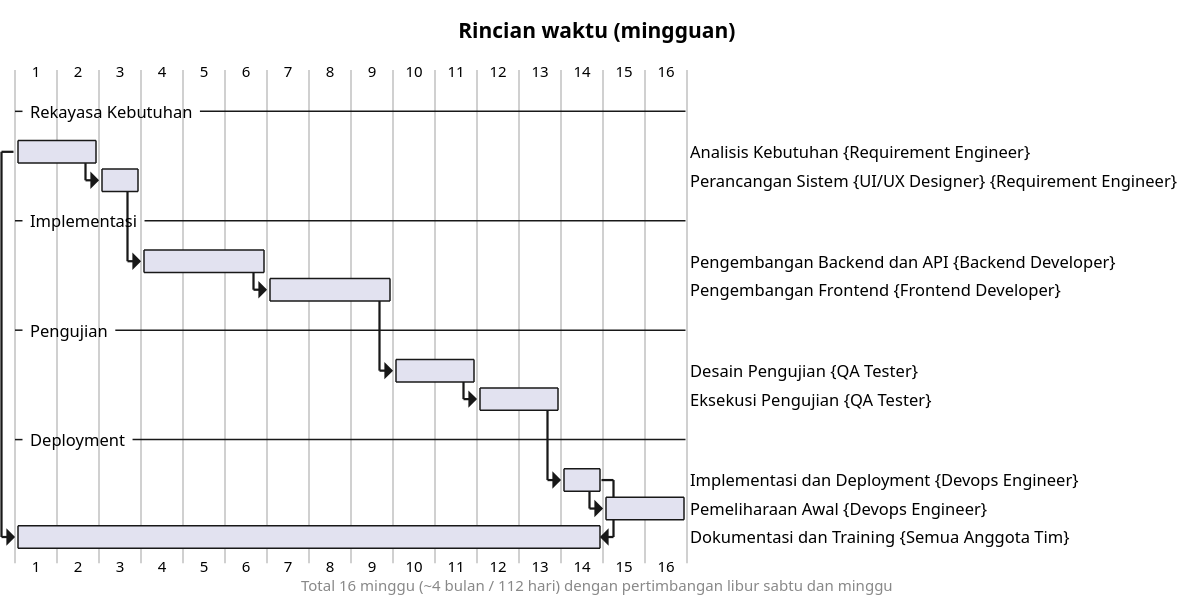
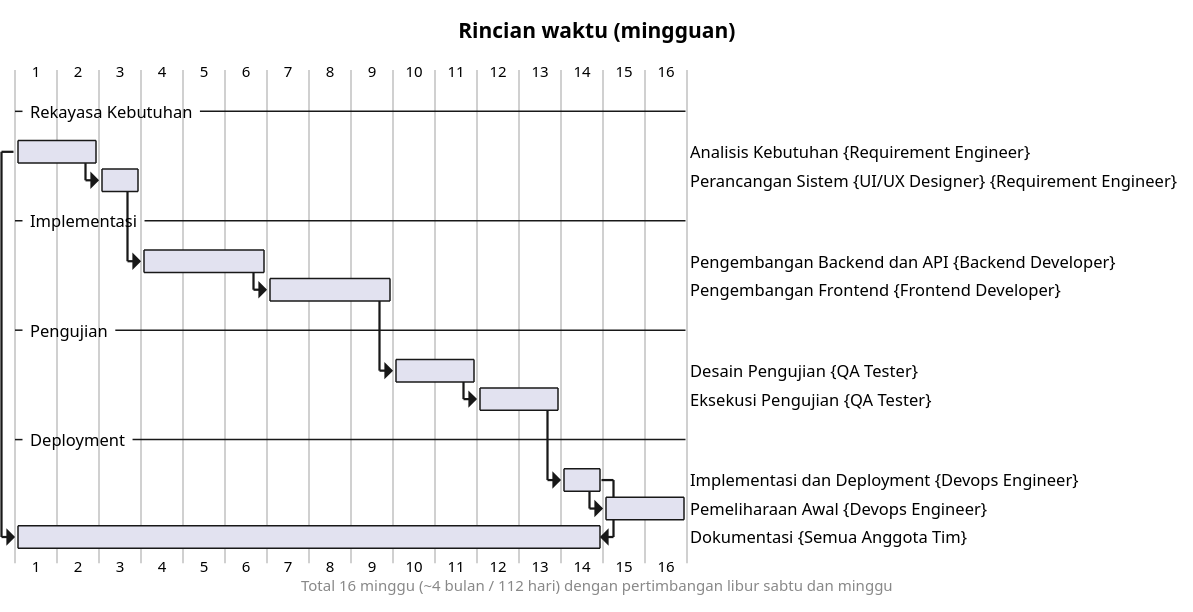
The diagram in gantt.puml (stnDinus/diagram-proposal-rkpl), drawn with PlantUML before and after one commit.

Commit message:
fix: -training

```diff
--- a/gantt.puml
+++ b/gantt.puml
@@ -1,28 +1,28 @@
 @startgantt
 printscale weekly
 hide resources footbox
 
 Title Rincian waktu (mingguan)
 Label on last column
 
 -- Rekayasa Kebutuhan --
 [Analisis Kebutuhan] as [analisa] on {Requirement Engineer} requires 2 weeks
 then [Perancangan Sistem] as [desain] on {UI/UX Designer} {Requirement Engineer} requires 2 weeks
 
 -- Implementasi --
 then [Pengembangan Backend dan API] as [backend] on {Backend Developer} requires 3 week
 then [Pengembangan Frontend] as [frontend] on {Frontend Developer} requires 3 week
 
 -- Pengujian --
 then [Desain Pengujian] as [desain-testing] on {QA Tester} requires 2 week
 then [Eksekusi Pengujian] as [testing] on {QA Tester} requires 2 week
 
 -- Deployment --
 then [Implementasi dan Deployment] as [deploy] on {Devops Engineer} requires 1 week
 then [Pemeliharaan Awal] as [pemeliharaan] on {Devops Engineer} requires 2 week
 
-[Dokumentasi dan Training] as [dokumentasi] on {Semua Anggota Tim} starts at [analisa]'s start and ends at [deploy]'s end
+[Dokumentasi] as [dokumentasi] on {Semua Anggota Tim} starts at [analisa]'s start and ends at [deploy]'s end
 
 footer Total 16 minggu (~4 bulan / 112 hari) dengan pertimbangan libur sabtu dan minggu
 
 @endgantt
```
